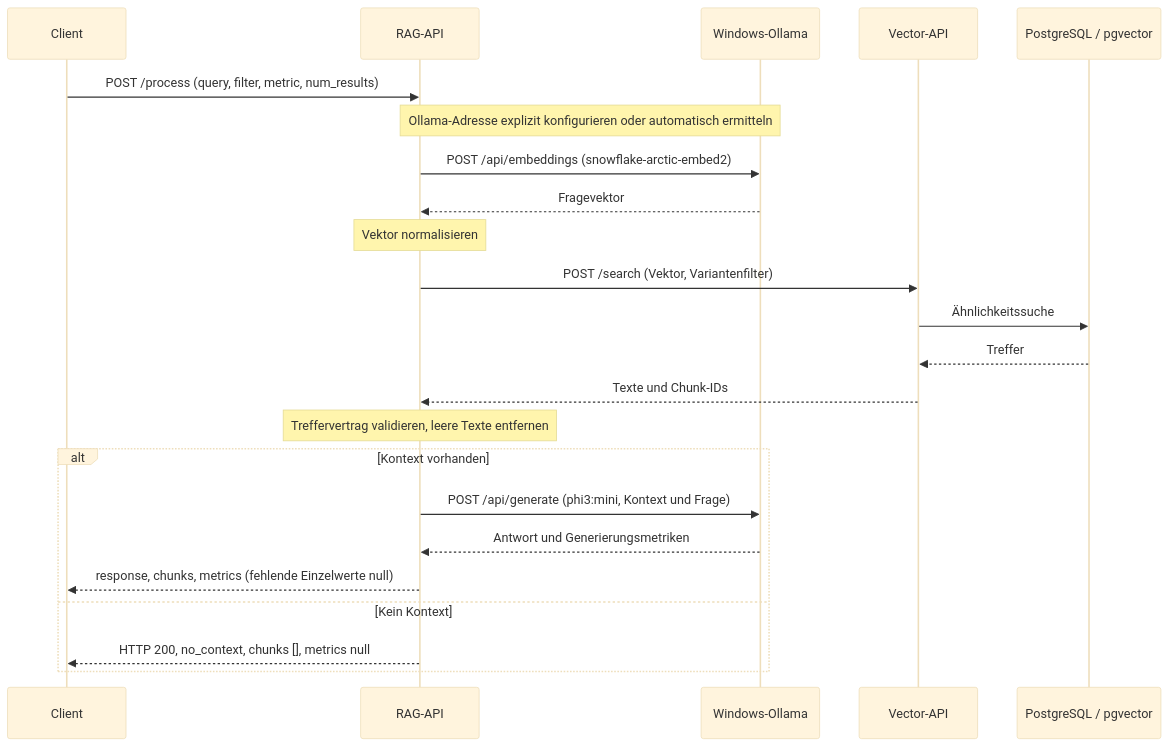
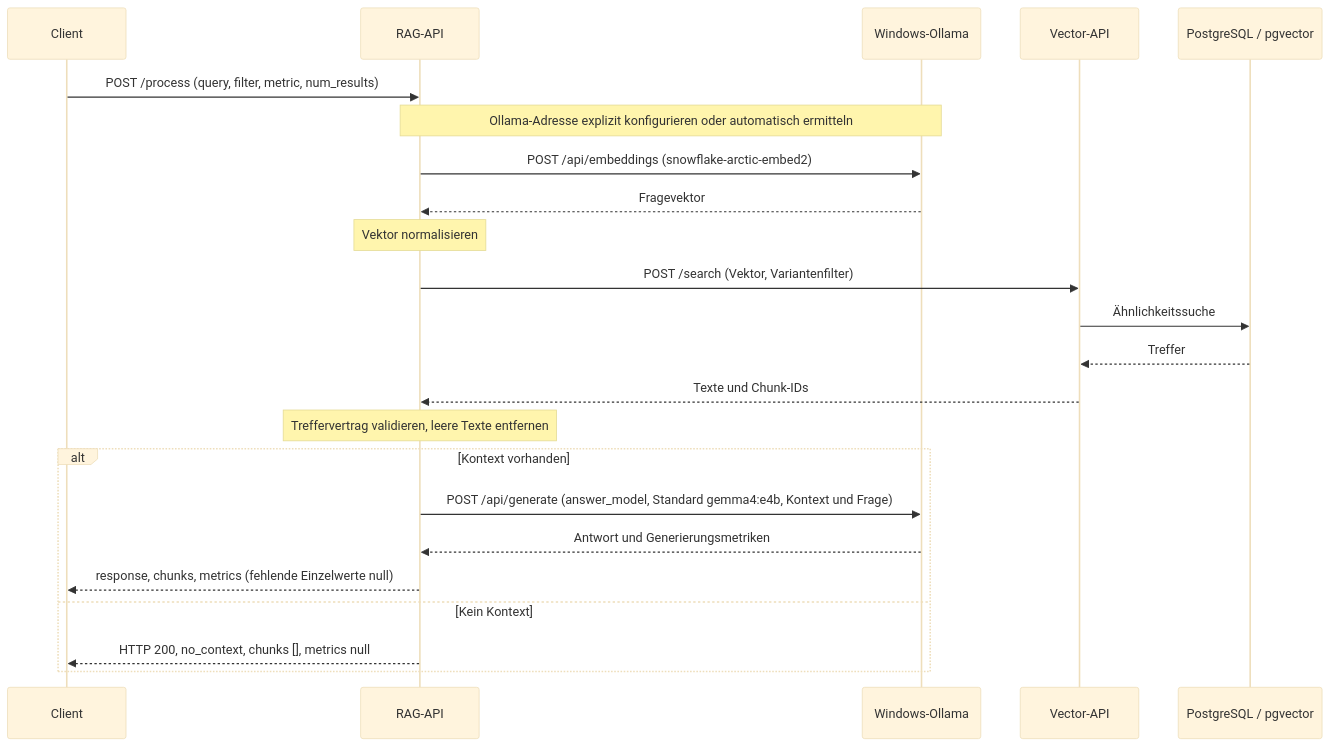
One commit to WolfgangNiebuhr/roemerrag changed the first of 2 diagrams in docs/6-laufzeitsicht.md. Above: the diagram before and after it, drawn with Mermaid (base theme). The commit also changed other lines of this file and 13 other files, not shown here.

Commit message:
Umbau interact: keine eigenen Aufrufe der Submodule mehr, nutzt immer die rag-api, verbesserte Ausgabe

````diff
--- a/docs/6-laufzeitsicht.md
+++ b/docs/6-laufzeitsicht.md
@@ -7,25 +7,25 @@
 ```mermaid
 sequenceDiagram
     participant Client
     participant RAG as RAG-API
     participant Ollama as Windows-Ollama
     participant Vector as Vector-API
     participant DB as PostgreSQL / pgvector
     Client->>RAG: POST /process (query, filter, metric, num_results)
     Note over RAG,Ollama: Ollama-Adresse explizit konfigurieren oder automatisch ermitteln
     RAG->>Ollama: POST /api/embeddings (snowflake-arctic-embed2)
     Ollama-->>RAG: Fragevektor
     Note over RAG: Vektor normalisieren
     RAG->>Vector: POST /search (Vektor, Variantenfilter)
     Vector->>DB: Ähnlichkeitssuche
     DB-->>Vector: Treffer
     Vector-->>RAG: Texte und Chunk-IDs
     Note over RAG: Treffervertrag validieren, leere Texte entfernen
     alt Kontext vorhanden
-        RAG->>Ollama: POST /api/generate (phi3:mini, Kontext und Frage)
+        RAG->>Ollama: POST /api/generate (answer_model, Standard gemma4:e4b, Kontext und Frage)
         Ollama-->>RAG: Antwort und Generierungsmetriken
         RAG-->>Client: response, chunks, metrics (fehlende Einzelwerte null)
     else Kein Kontext
         RAG-->>Client: HTTP 200, no_context, chunks [], metrics null
     end
 ```
````
